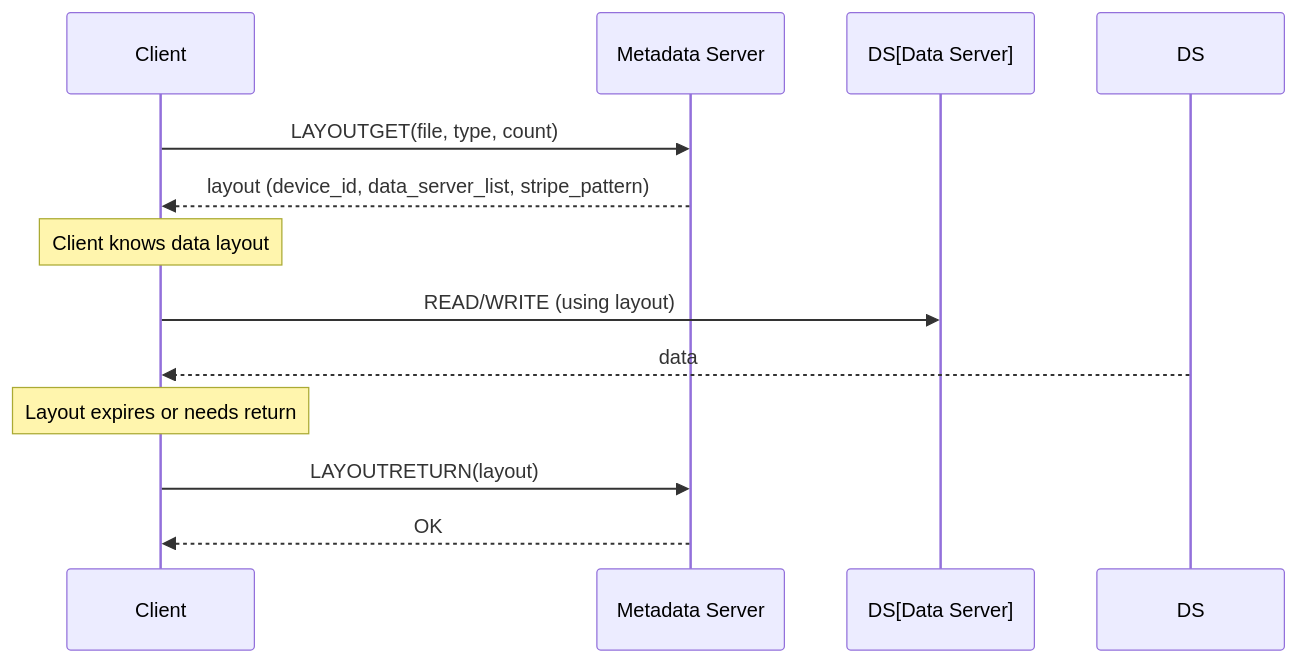
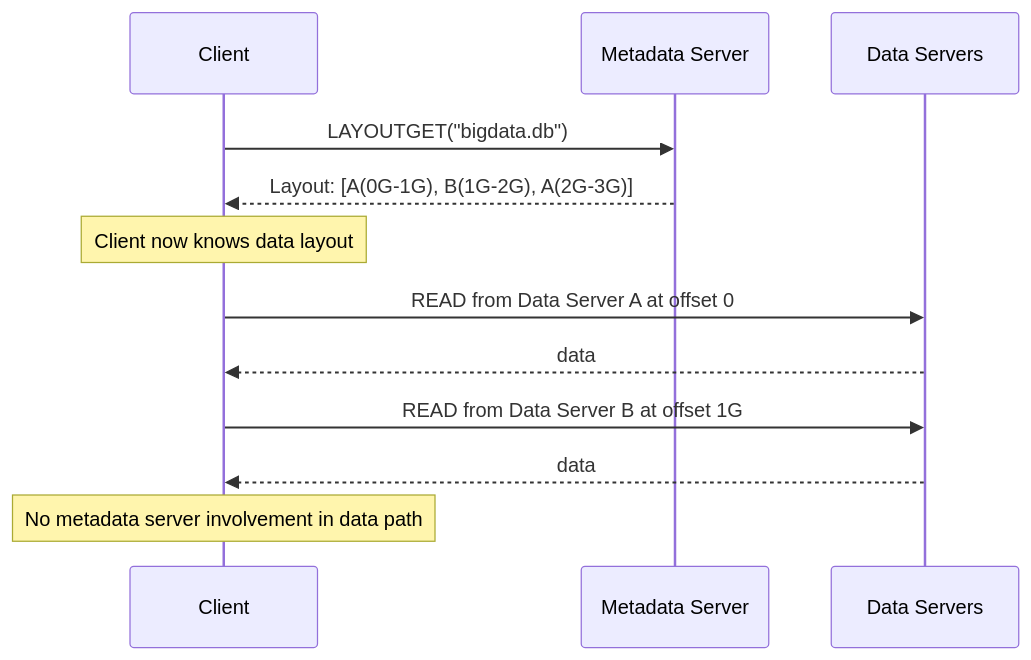
Before and after one commit to darrenstarr/dnfs: the second of 4 diagrams in docs/nfs-ebook/ch04-nfs41.md, drawn with Mermaid. The commit also changed other lines of this file and 9 other files, not shown here.

````diff
--- a/docs/nfs-ebook/ch04-nfs41.md
+++ b/docs/nfs-ebook/ch04-nfs41.md
@@ -131,13 +142,14 @@
 ```mermaid
 sequenceDiagram
     participant C as Client
     participant M as Metadata Server
-    C->>M: LAYOUTGET(file, type, count)
-    M-->>C: layout (device_id, data_server_list, stripe_pattern)
-    Note over C: Client knows data layout
-    C->>DS[Data Server]: READ/WRITE (using layout)
-    DS-->>C: data
-    Note over C: Layout expires or needs return
-    C->>M: LAYOUTRETURN(layout)
-    M-->>C: OK
+    participant D as Data Servers
+    C->>M: LAYOUTGET("bigdata.db")
+    M-->>C: Layout: [A(0G-1G), B(1G-2G), A(2G-3G)]
+    Note over C: Client now knows data layout
+    C->>D: READ from Data Server A at offset 0
+    D-->>C: data
+    C->>D: READ from Data Server B at offset 1G
+    D-->>C: data
+    Note over C: No metadata server involvement in data path
 ```
````
